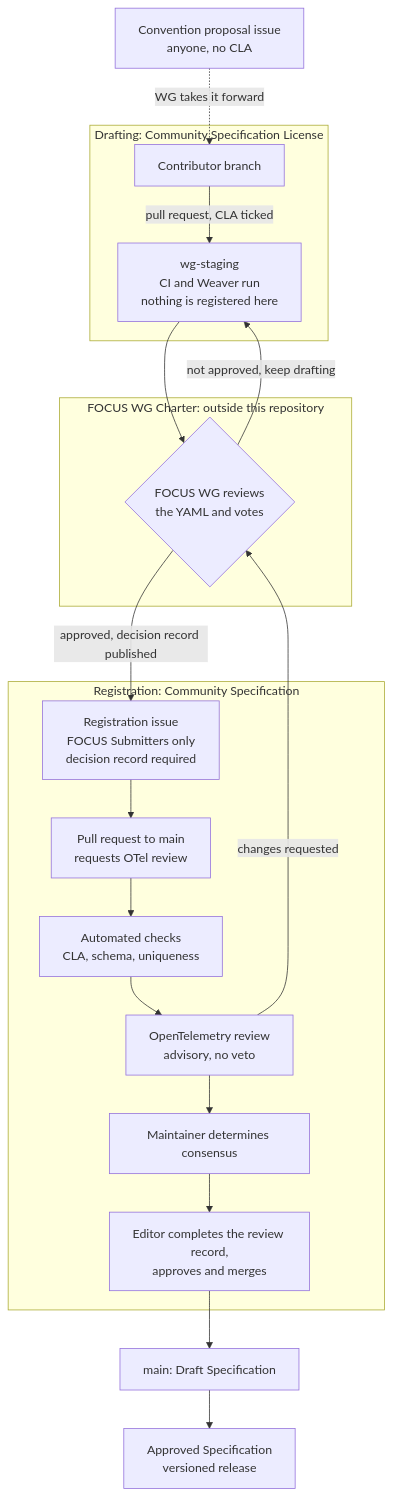
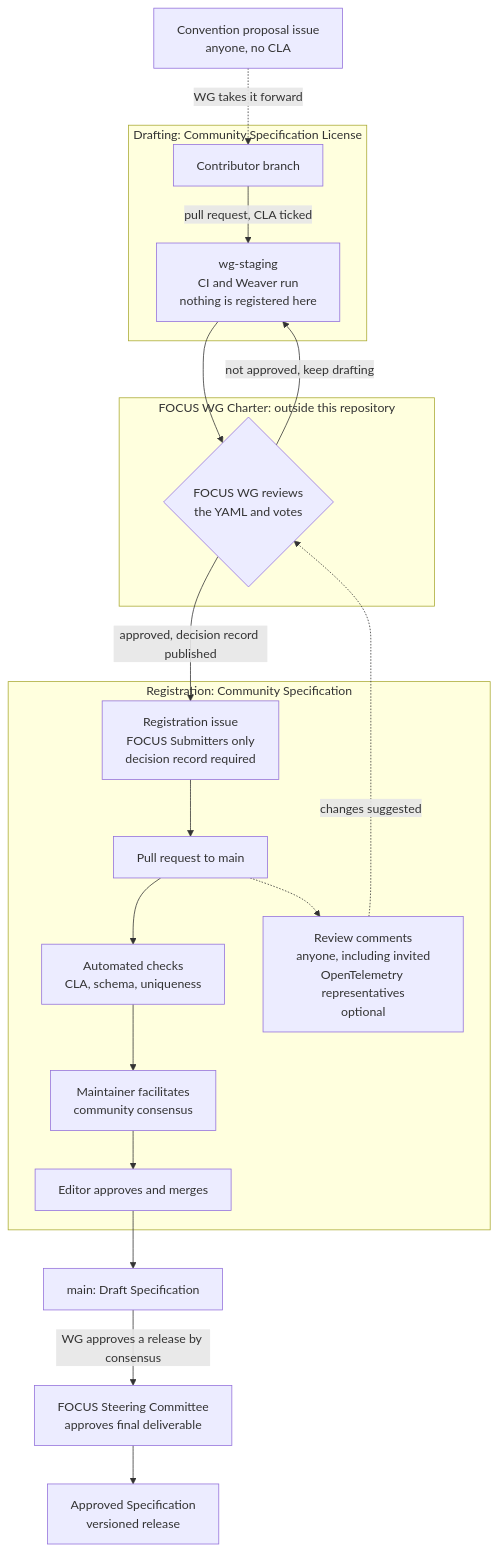
One commit to FinOps-Open-Cost-and-Usage-Spec/focus-otel-semconv changed the diagram in README.md. Above: the diagram before and after it, drawn with Mermaid. The commit also changed other lines of this file and 4 other files, not shown here.

````diff
--- a/README.md
+++ b/README.md
@@ -28,34 +45,36 @@
 ```mermaid
 flowchart TD
     P["Convention proposal issue<br/>anyone, no CLA"]
 
     subgraph DRAFT["Drafting: Community Specification License"]
         B["Contributor branch"]
         S["wg-staging<br/>CI and Weaver run<br/>nothing is registered here"]
         B -->|"pull request, CLA ticked"| S
     end
 
     subgraph WG["FOCUS WG Charter: outside this repository"]
         V{"FOCUS WG reviews<br/>the YAML and votes"}
     end
 
     subgraph REG["Registration: Community Specification"]
         I["Registration issue<br/>FOCUS Submitters only<br/>decision record required"]
-        PR["Pull request to main<br/>requests OTel review"]
+        PR["Pull request to main"]
         C["Automated checks<br/>CLA, schema, uniqueness"]
-        O["OpenTelemetry review<br/>advisory, no veto"]
-        M["Maintainer determines consensus"]
-        E["Editor completes the review record,<br/>approves and merges"]
-        I --> PR --> C --> O --> M --> E
+        O["Review comments<br/>anyone, including invited<br/>OpenTelemetry representatives<br/>optional"]
+        M["Maintainer facilitates<br/>community consensus"]
+        E["Editor approves and merges"]
+        I --> PR --> C --> M --> E
+        PR -.-> O
     end
 
     MAIN["main: Draft Specification"]
     REL["Approved Specification<br/>versioned release"]
+    SC["FOCUS Steering Committee<br/>approves final deliverable"]
 
     P -.->|"WG takes it forward"| B
     S --> V
     V -->|"not approved, keep drafting"| S
     V -->|"approved, decision record published"| I
-    O -->|"changes requested"| V
-    E --> MAIN --> REL
+    O -.->|"changes suggested"| V
+    E --> MAIN -->|"WG approves a release by consensus"| SC --> REL
 ```
````
